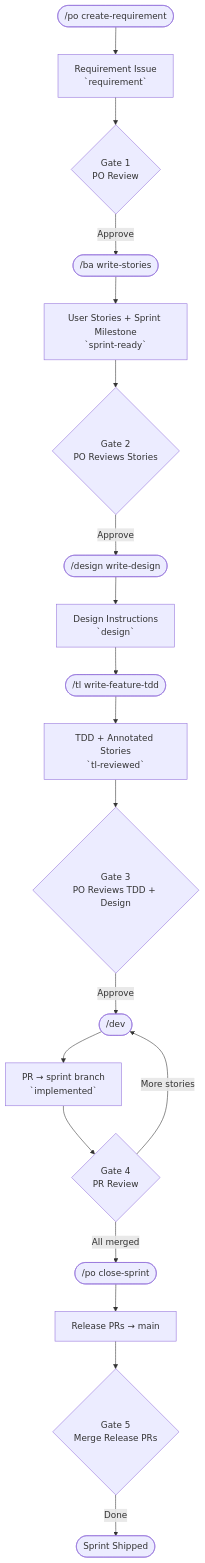
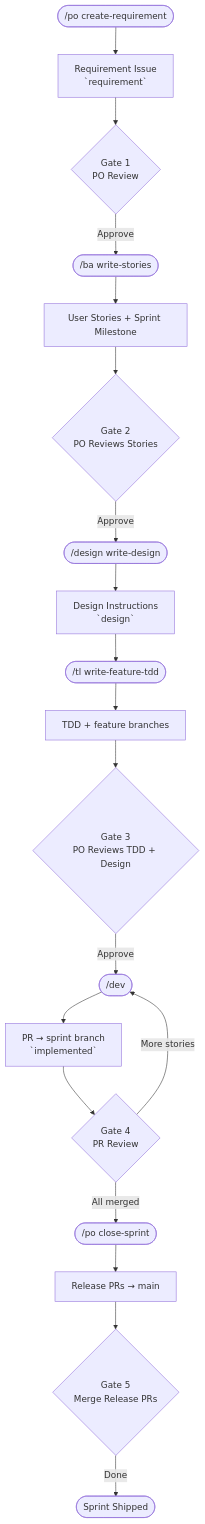
The first of 4 diagrams in README.md (simpscal/notism), drawn with Mermaid before and after one commit. The commit also changed other lines of this file and 8 other files, not shown here.

First line of the commit message:
refactor: remove sprint-ready, tl-reviewed, design-reviewed labels

````diff
--- a/README.md
+++ b/README.md
@@ -38,21 +38,21 @@
 ```mermaid
 flowchart TD
     A(["/po create-requirement <description>"]) --> B["Requirement Issue<br/>`requirement`"]
     B --> G1{Gate 1<br/>PO Review}
     G1 -->|Approve| C(["/ba write-stories <issue>"])
-    C --> D["User Stories + Sprint Milestone<br/>`sprint-ready`"]
+    C --> D["User Stories + Sprint Milestone"]
     D --> G2{Gate 2<br/>PO Reviews Stories}
     G2 -->|Approve| E1(["/design write-design <ms>"])
     E1 --> F1["Design Instructions<br/>`design`"]
     F1 --> E2(["/tl write-feature-tdd <ms>"])
-    E2 --> F2["TDD + Annotated Stories<br/>`tl-reviewed`"]
+    E2 --> F2["TDD + feature branches"]
     F2 --> G3{Gate 3<br/>PO Reviews TDD + Design}
     G3 -->|Approve| H(["/dev <issue>"])
     H --> I["PR → sprint branch<br/>`implemented`"]
     I --> G4{Gate 4<br/>PR Review}
     G4 -->|More stories| H
     G4 -->|All merged| J(["/po close-sprint <N>"])
     J --> K["Release PRs → main"]
     K --> G5{Gate 5<br/>Merge Release PRs}
     G5 -->|Done| L([Sprint Shipped])
 ```
````
